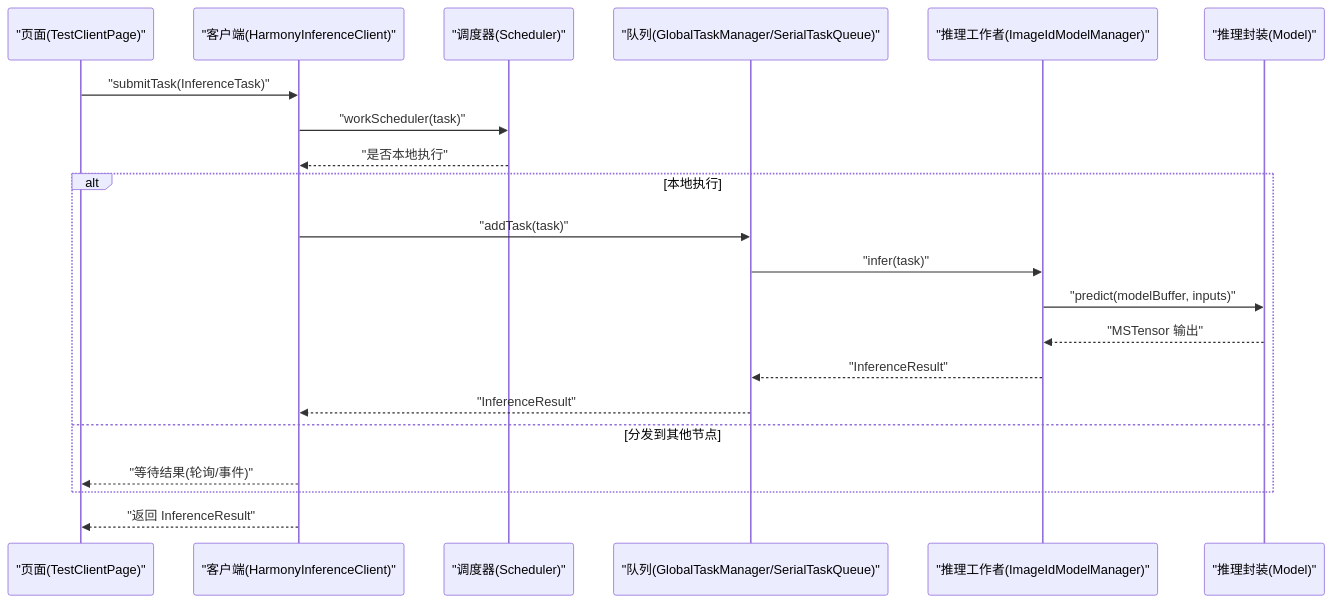
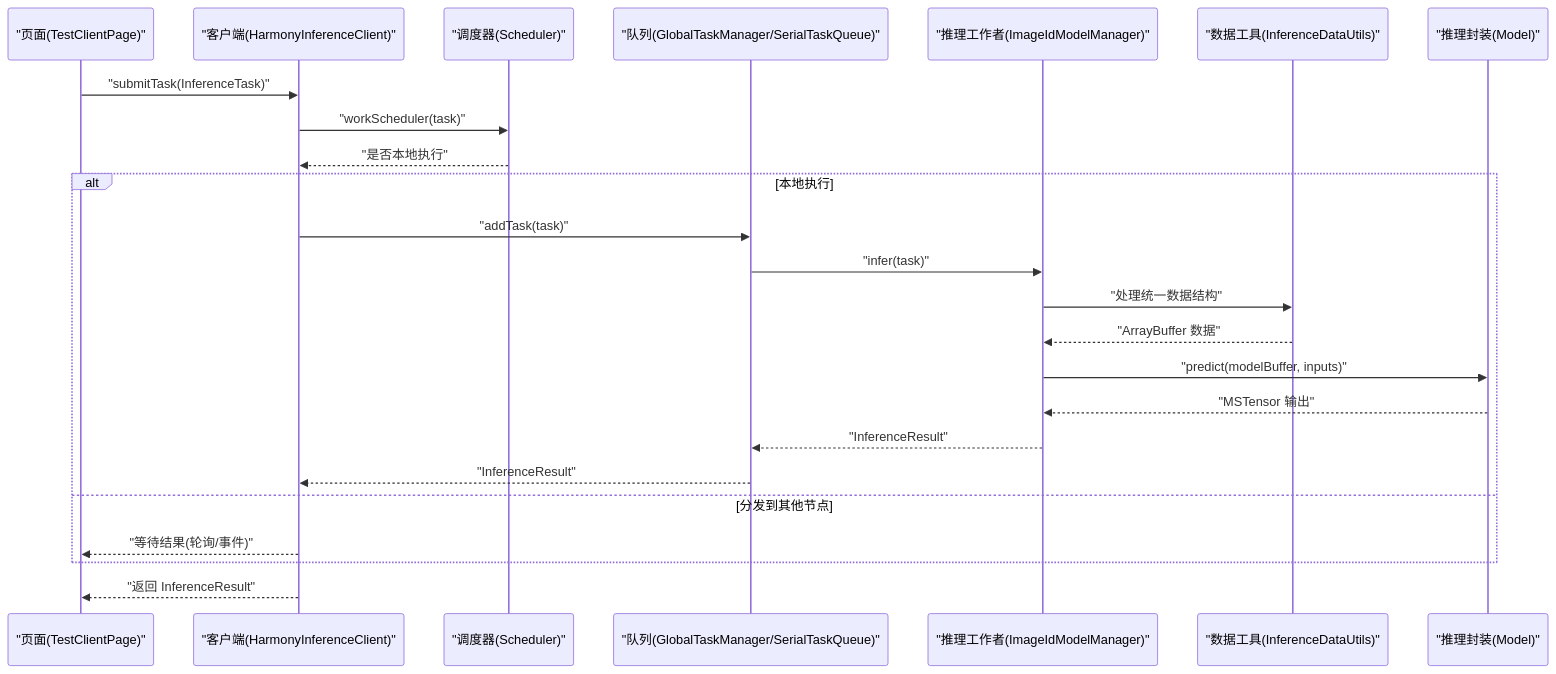
The second of 3 diagrams in .qoder/repowiki/zh/content/推理核心模块/推理工作者接口.md (huo65/OH-Co3), drawn with Mermaid before and after one commit. The commit also changed other lines of this file and 15 other files, not shown here.

````diff
--- a/.qoder/repowiki/zh/content/推理核心模块/推理工作者接口.md
+++ b/.qoder/repowiki/zh/content/推理核心模块/推理工作者接口.md
@@ -101,23 +137,26 @@
 ```mermaid
 sequenceDiagram
 participant Page as "页面(TestClientPage)"
 participant Client as "客户端(HarmonyInferenceClient)"
 participant Scheduler as "调度器(Scheduler)"
 participant Queue as "队列(GlobalTaskManager/SerialTaskQueue)"
 participant Worker as "推理工作者(ImageIdModelManager)"
+participant DataUtils as "数据工具(InferenceDataUtils)"
 participant Model as "推理封装(Model)"
 Page->>Client : "submitTask(InferenceTask)"
 Client->>Scheduler : "workScheduler(task)"
 Scheduler-->>Client : "是否本地执行"
 alt 本地执行
 Client->>Queue : "addTask(task)"
 Queue->>Worker : "infer(task)"
+Worker->>DataUtils : "处理统一数据结构"
+DataUtils-->>Worker : "ArrayBuffer 数据"
 Worker->>Model : "predict(modelBuffer, inputs)"
 Model-->>Worker : "MSTensor 输出"
 Worker-->>Queue : "InferenceResult"
 Queue-->>Client : "InferenceResult"
 else 分发到其他节点
 Client-->>Page : "等待结果(轮询/事件)"
 end
 Client-->>Page : "返回 InferenceResult"
 ```
````
